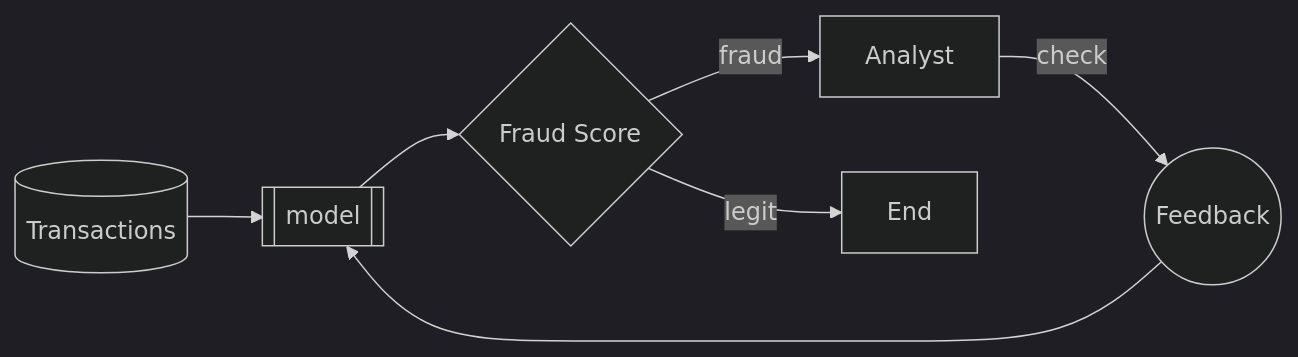
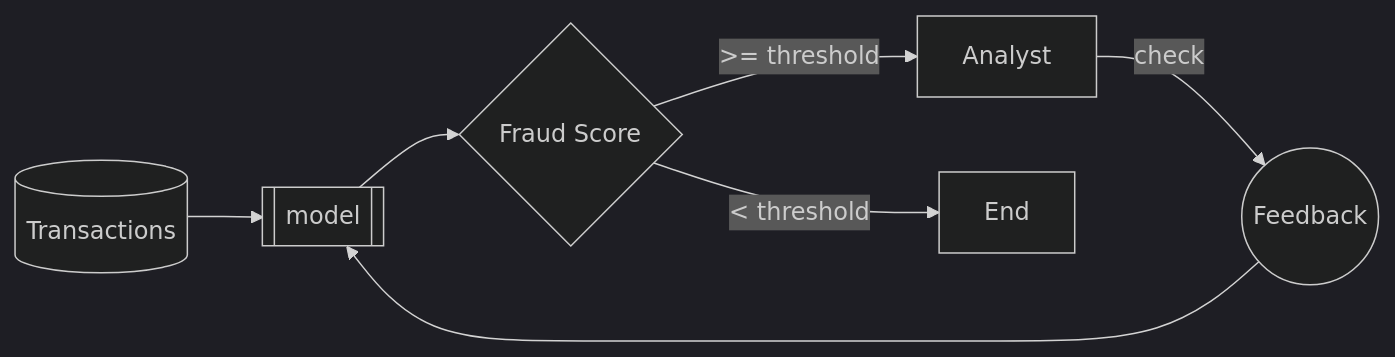
One commit to lintosunny/Credit-Card-Fraud-Detection-Using-Machine-Learning changed the first of 2 diagrams in README.md. Above: the diagram before and after it, drawn with Mermaid (dark theme).

````diff
--- a/README.md
+++ b/README.md
@@ -17,9 +17,9 @@
 ```mermaid
 flowchart LR
     A[(Transactions)] --> B[[model]]
     B --> C{Fraud Score}
-    C -- fraud --> D[Analyst]
-    C -- legit --> E[End]
+    C -- >= threshold --> D[Analyst]
+    C -- < threshold --> E[End]
     D -- check --> F((Feedback))
     F --> B
 ```
````
